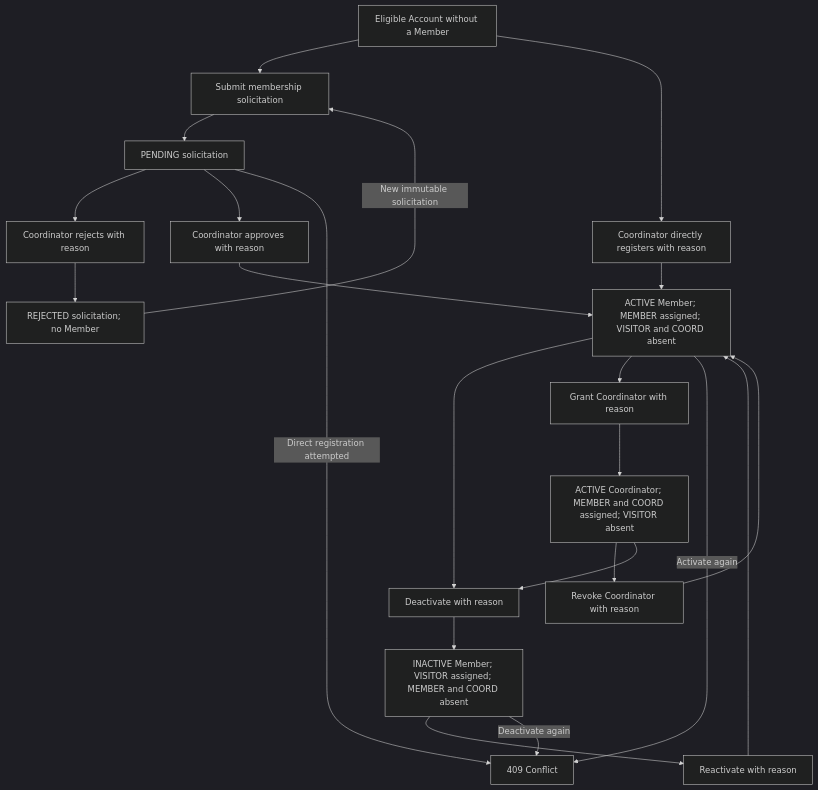
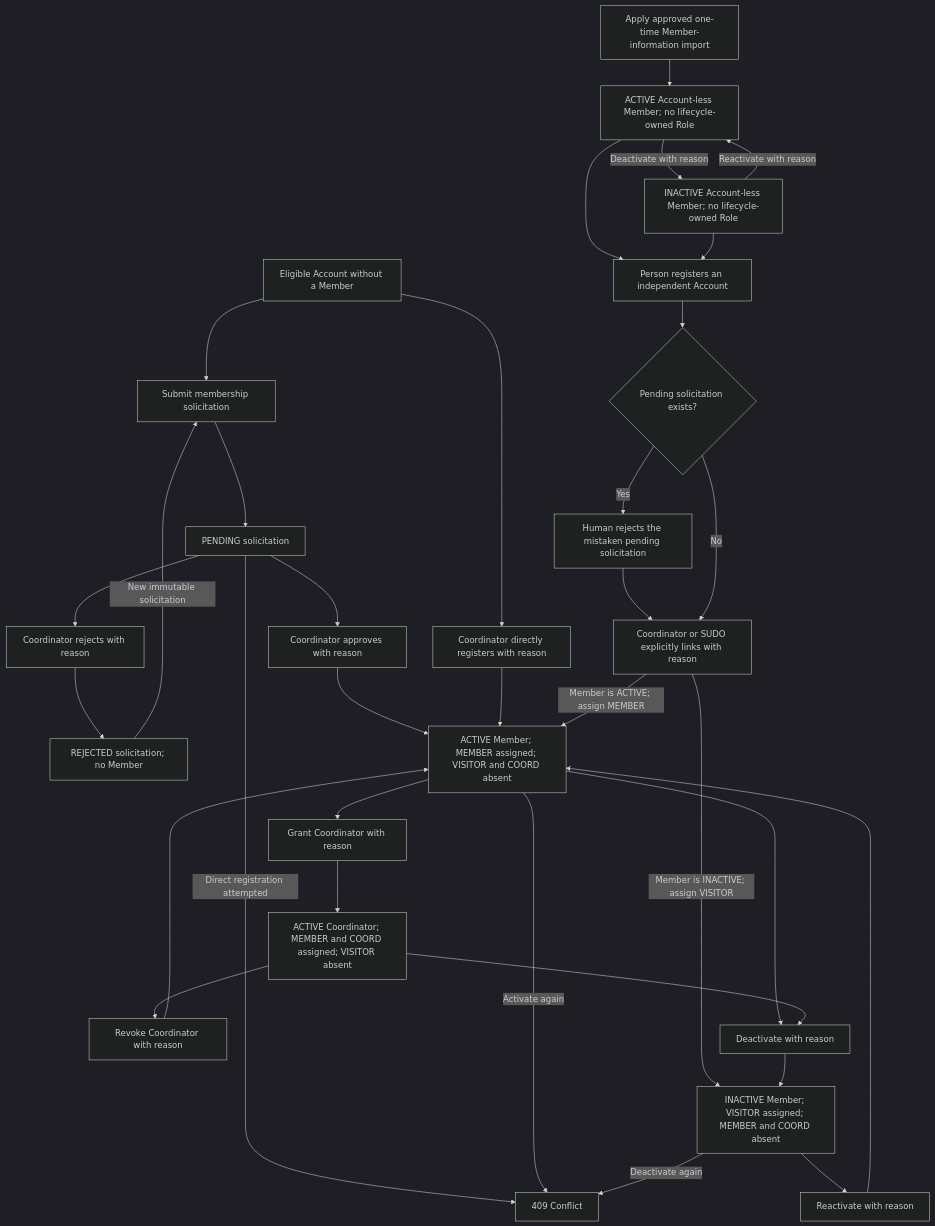
The diagram in docs/diagrams/member-lifecycle-and-solicitation.md (DudsFerraz/GAM-backend-API), drawn with Mermaid (dark theme) before and after one commit. The commit also changed other lines of this file and 18 other files, not shown here.

First line of the commit message:
docs(members): accept member information import plan

````diff
--- a/docs/diagrams/member-lifecycle-and-solicitation.md
+++ b/docs/diagrams/member-lifecycle-and-solicitation.md
@@ -5,32 +5,49 @@
 ```mermaid
 flowchart TD
     Eligible["Eligible Account without a Member"]
     Submit["Submit membership solicitation"]
     Pending["PENDING solicitation"]
     Reject["Coordinator rejects with reason"]
     Rejected["REJECTED solicitation; no Member"]
     Approve["Coordinator approves with reason"]
     Direct["Coordinator directly registers with reason"]
     Active["ACTIVE Member; MEMBER assigned; VISITOR and COORD absent"]
+    Import["Apply approved one-time Member-information import"]
+    AccountlessActive["ACTIVE Account-less Member; no lifecycle-owned Role"]
+    AccountlessInactive["INACTIVE Account-less Member; no lifecycle-owned Role"]
+    RegisterAccount["Person registers an independent Account"]
+    PendingCheck{"Pending solicitation exists?"}
+    ResolveSolicitation["Human rejects the mistaken pending solicitation"]
+    Link["Coordinator or SUDO explicitly links with reason"]
     GrantCoord["Grant Coordinator with reason"]
     Coordinator["ACTIVE Coordinator; MEMBER and COORD assigned; VISITOR absent"]
     RevokeCoord["Revoke Coordinator with reason"]
     Deactivate["Deactivate with reason"]
     Inactive["INACTIVE Member; VISITOR assigned; MEMBER and COORD absent"]
     Reactivate["Reactivate with reason"]
     Blocked["409 Conflict"]
 
     Eligible --> Submit --> Pending
     Pending --> Reject --> Rejected
     Rejected -->|"New immutable solicitation"| Submit
     Pending --> Approve --> Active
     Eligible --> Direct --> Active
+    Import --> AccountlessActive
+    AccountlessActive -->|"Deactivate with reason"| AccountlessInactive
+    AccountlessInactive -->|"Reactivate with reason"| AccountlessActive
+    AccountlessActive --> RegisterAccount
+    AccountlessInactive --> RegisterAccount
+    RegisterAccount --> PendingCheck
+    PendingCheck -->|"Yes"| ResolveSolicitation --> Link
+    PendingCheck -->|"No"| Link
+    Link -->|"Member is ACTIVE; assign MEMBER"| Active
+    Link -->|"Member is INACTIVE; assign VISITOR"| Inactive
     Pending -->|"Direct registration attempted"| Blocked
     Active --> Deactivate --> Inactive
     Active --> GrantCoord --> Coordinator
     Coordinator --> RevokeCoord --> Active
     Coordinator --> Deactivate
     Inactive --> Reactivate --> Active
     Active -->|"Activate again"| Blocked
     Inactive -->|"Deactivate again"| Blocked
 ```
````
